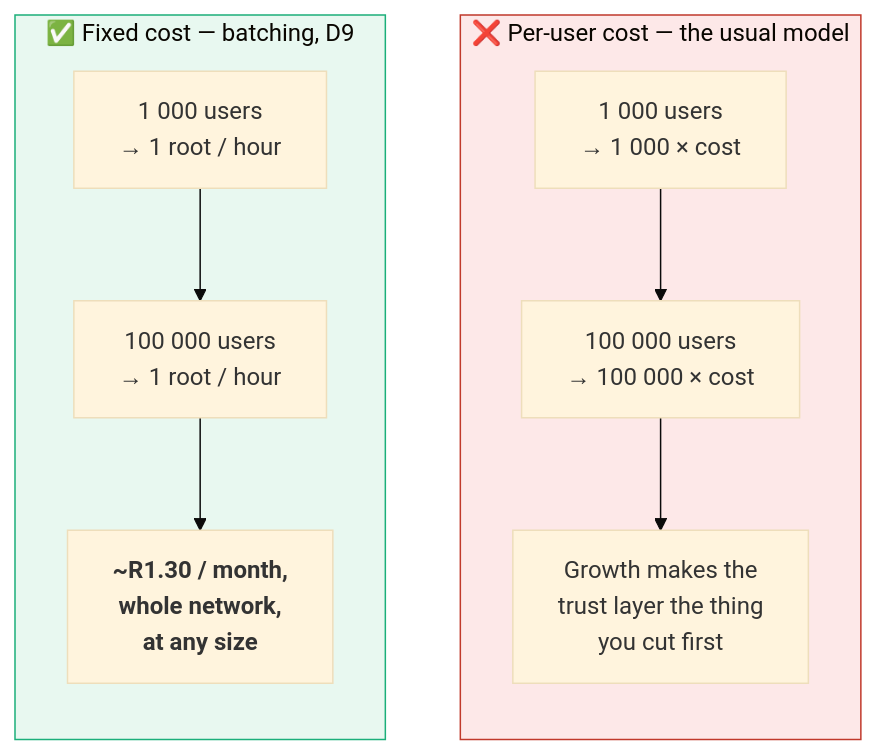
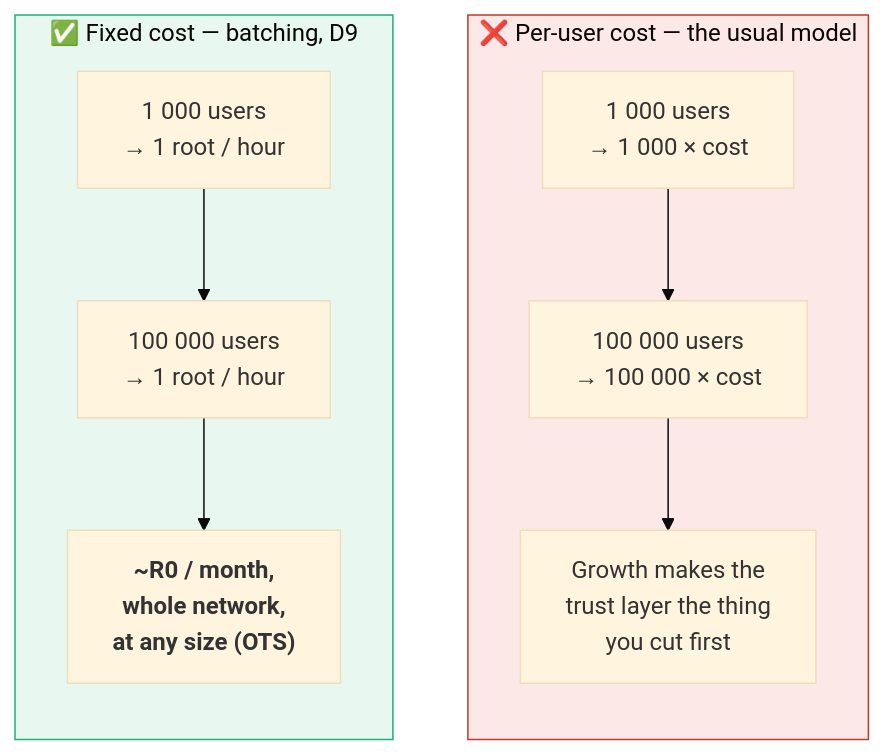
One commit to LethaboMH14/V.U.KA--Geekulcha changed diagram 46 of 47 in docs/01-ARCHITECTURE.md. Above: the diagram before and after it, drawn with Mermaid (base theme). The commit also changed other lines of this file and 11 other files, not shown here.

First line of the commit message:
fix(P2.11/G22): correct the R1.30/month anchoring figure everywhere

````diff
--- a/docs/01-ARCHITECTURE.md
+++ b/docs/01-ARCHITECTURE.md
@@ -2330,19 +2330,19 @@
 ```mermaid
 flowchart TB
     subgraph PER["❌ Per-user cost — the usual model"]
         direction TB
         P1["1 000 users<br/>→ 1 000 × cost"]
         P2["100 000 users<br/>→ 100 000 × cost"]
         P3["Growth makes the<br/>trust layer the thing<br/>you cut first"]
         P1 --> P2 --> P3
     end
     subgraph FIX["✅ Fixed cost — batching, D9"]
         direction TB
         F1["1 000 users<br/>→ 1 root / hour"]
         F2["100 000 users<br/>→ 1 root / hour"]
-        F3["<b>~R1.30 / month,<br/>whole network,<br/>at any size</b>"]
+        F3["<b>~R0 / month,<br/>whole network,<br/>at any size (OTS)</b>"]
         F1 --> F2 --> F3
     end
     style PER fill:#fde8e8,stroke:#c0392b
     style FIX fill:#e8f8f0,stroke:#1baf7a
 ```
````
